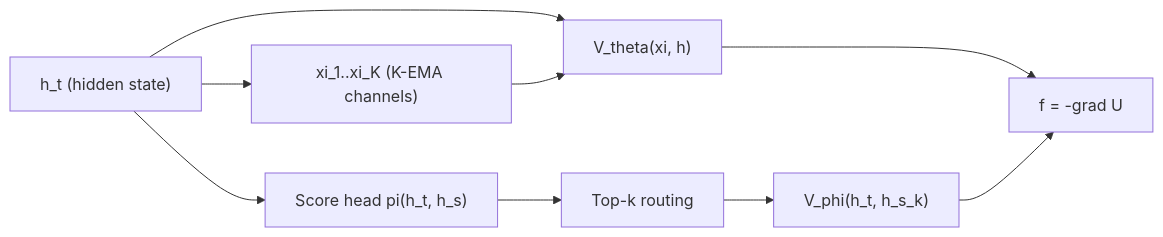
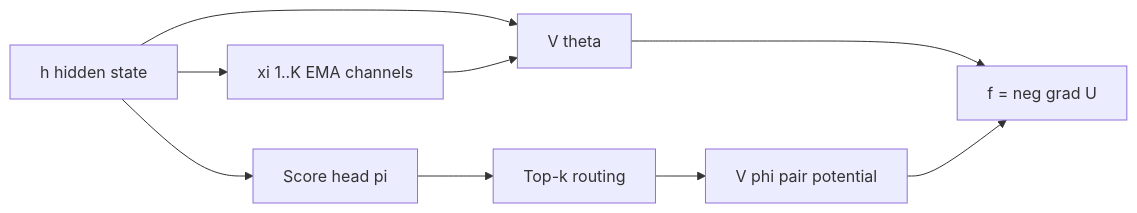
The first of 5 diagrams in companion_notes/Context_Mixing_Mechanisms_in_the_Conservative_Framework.md (dimitarpg13/semsimula-paper), drawn with Mermaid before and after one commit. The commit also changed other lines of this file, not shown here.

````diff
--- a/companion_notes/Context_Mixing_Mechanisms_in_the_Conservative_Framework.md
+++ b/companion_notes/Context_Mixing_Mechanisms_in_the_Conservative_Framework.md
@@ -111,19 +111,19 @@
 ```mermaid
 flowchart LR
-    H["h_t (hidden state)"]
-    XI["xi_1..xi_K (K-EMA channels)"]
-    VT["V_theta(xi, h)"]
-    SC["Score head pi(h_t, h_s)"]
+    H["h hidden state"]
+    XI["xi 1..K EMA channels"]
+    VT["V theta"]
+    SC["Score head pi"]
     TK["Top-k routing"]
-    VP["V_phi(h_t, h_s_k)"]
-    FRC["f = -grad U"]
+    VP["V phi pair potential"]
+    FRC["f = neg grad U"]
 
     H --> XI
     H --> VT
     XI --> VT
     H --> SC
     SC --> TK
     TK --> VP
     VT --> FRC
     VP --> FRC
 ```
````
